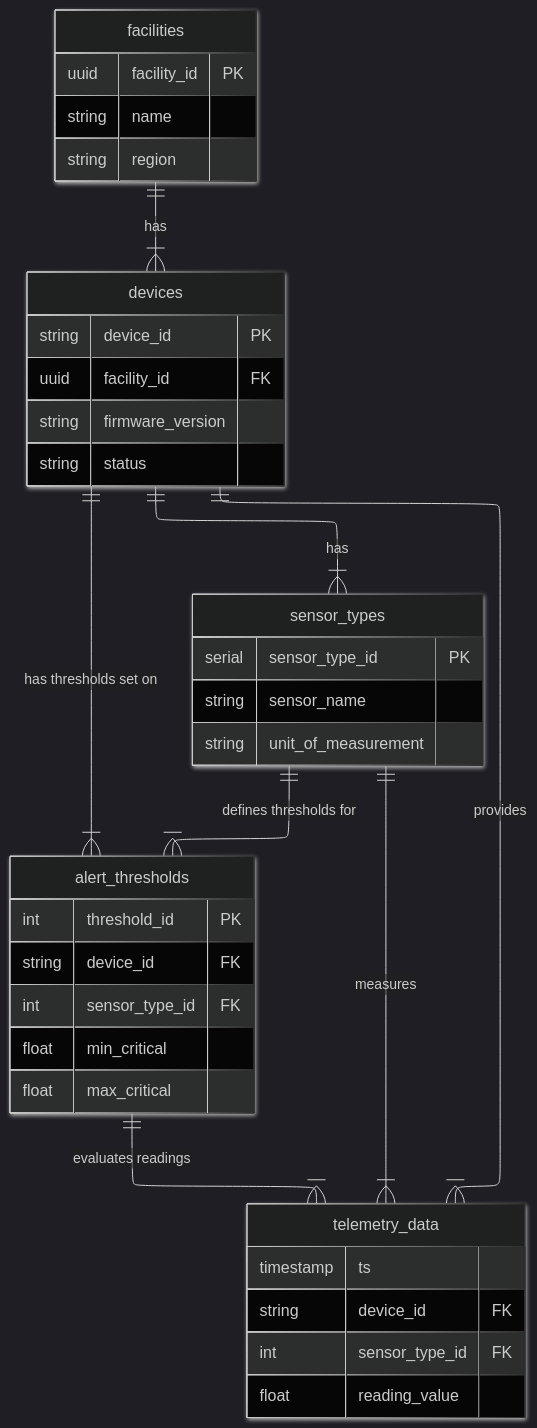
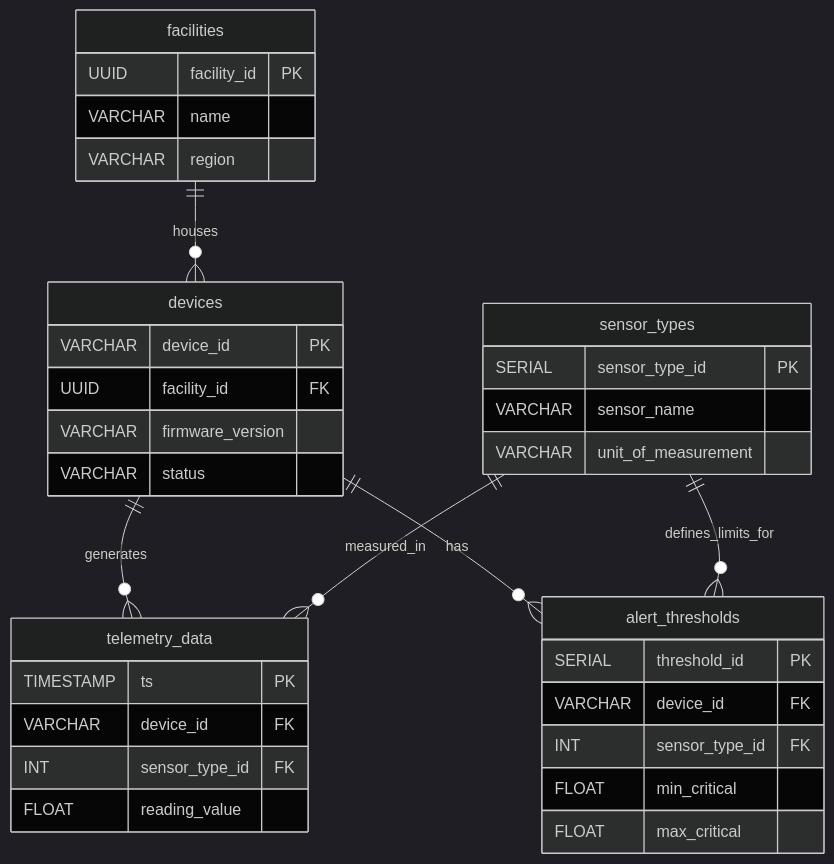
One commit to endrialimema/ritech-iot-ingestion changed the diagram in docs/adr/database_er_diagram.mmd. Above: the diagram before and after it, drawn with Mermaid (dark theme). The commit also changed other lines of this file, not shown here.

Commit message:
Refactor database ER diagram with SQL types
Updated the database ER diagram to use standard SQL data types and removed unnecessary configurations.

```diff
--- a/docs/adr/database_er_diagram.mmd
+++ b/docs/adr/database_er_diagram.mmd
@@ -1,48 +1,40 @@
----
-config:
-  layout: elk
-  look: neo
----
 erDiagram
-	direction TB
-	sensor_types {
-		serial sensor_type_id PK ""  
-		string sensor_name  ""  
-		string unit_of_measurement  ""  
-	}
+    facilities ||--o{ devices : "houses"
+    devices ||--o{ telemetry_data : "generates"
+    devices ||--o{ alert_thresholds : "has"
+    sensor_types ||--o{ telemetry_data : "measured_in"
+    sensor_types ||--o{ alert_thresholds : "defines_limits_for"
 
-	alert_thresholds {
-		int threshold_id PK ""  
-		string device_id FK ""  
-		int sensor_type_id FK ""  
-		float min_critical  ""  
-		float max_critical  ""  
-	}
-
-	devices {
-		string device_id PK ""  
-		uuid facility_id FK ""  
-		string firmware_version  ""  
-		string status  ""  
-	}
-
-	telemetry_data {
-		timestamp ts  ""  
-		string device_id FK ""  
-		int sensor_type_id FK ""  
-		float reading_value  ""  
-	}
-
-	facilities {
-		uuid facility_id PK ""  
-		string name  ""  
-		string region  ""  
-	}
-
-	facilities||--|{devices:"has"
-	devices||--|{telemetry_data:"provides"
-	sensor_types||--|{telemetry_data:"measures"
-	sensor_types||--|{alert_thresholds:"defines thresholds for"
-	devices||--|{alert_thresholds:"has thresholds set on"
-	alert_thresholds||--|{telemetry_data:"evaluates readings"
-	devices||--|{sensor_types:"has"
+    facilities {
+        UUID facility_id PK
+        VARCHAR name
+        VARCHAR region
+    }
+    
+    devices {
+        VARCHAR device_id PK
+        UUID facility_id FK
+        VARCHAR firmware_version
+        VARCHAR status
+    }
+    
+    sensor_types {
+        SERIAL sensor_type_id PK
+        VARCHAR sensor_name
+        VARCHAR unit_of_measurement
+    }
+    
+    alert_thresholds {
+        SERIAL threshold_id PK
+        VARCHAR device_id FK
+        INT sensor_type_id FK
+        FLOAT min_critical
+        FLOAT max_critical
+    }
+    
+    telemetry_data {
+        TIMESTAMP ts PK
+        VARCHAR device_id FK
+        INT sensor_type_id FK
+        FLOAT reading_value
+    }
```
